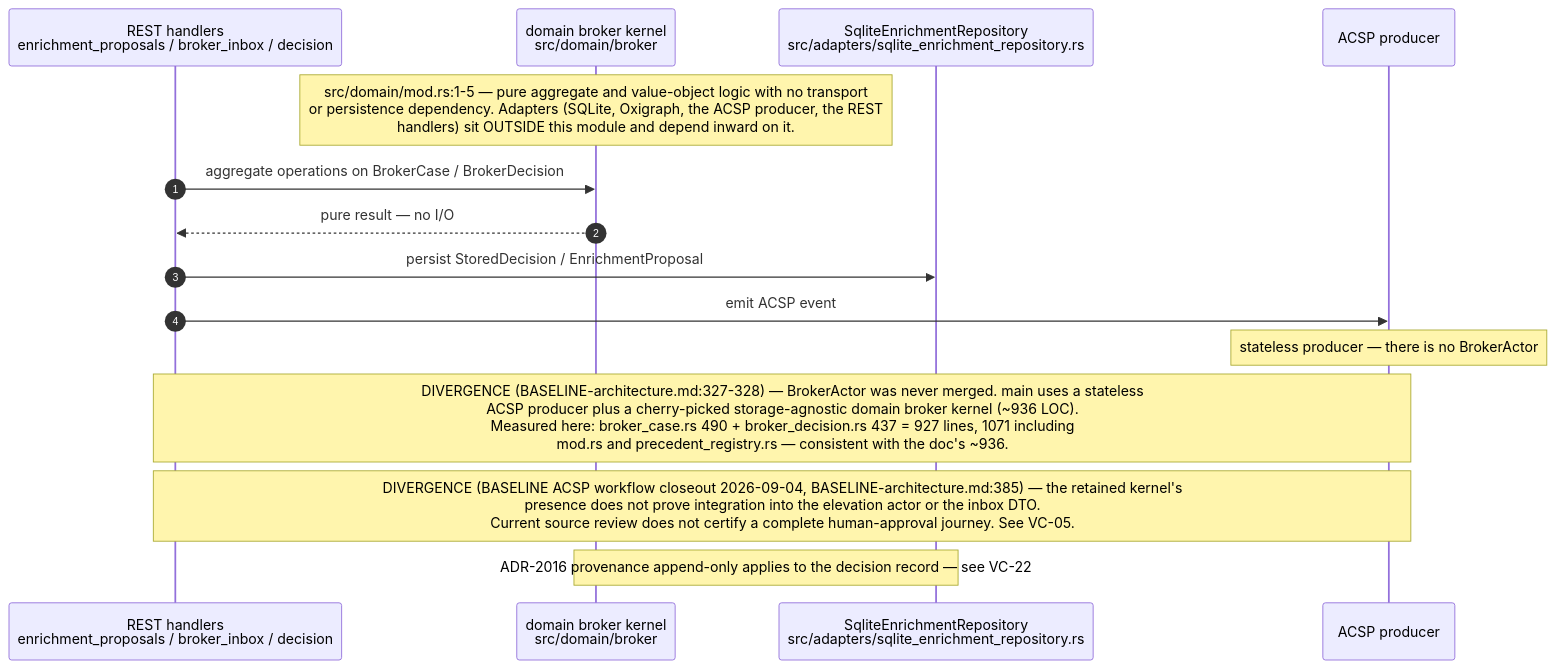
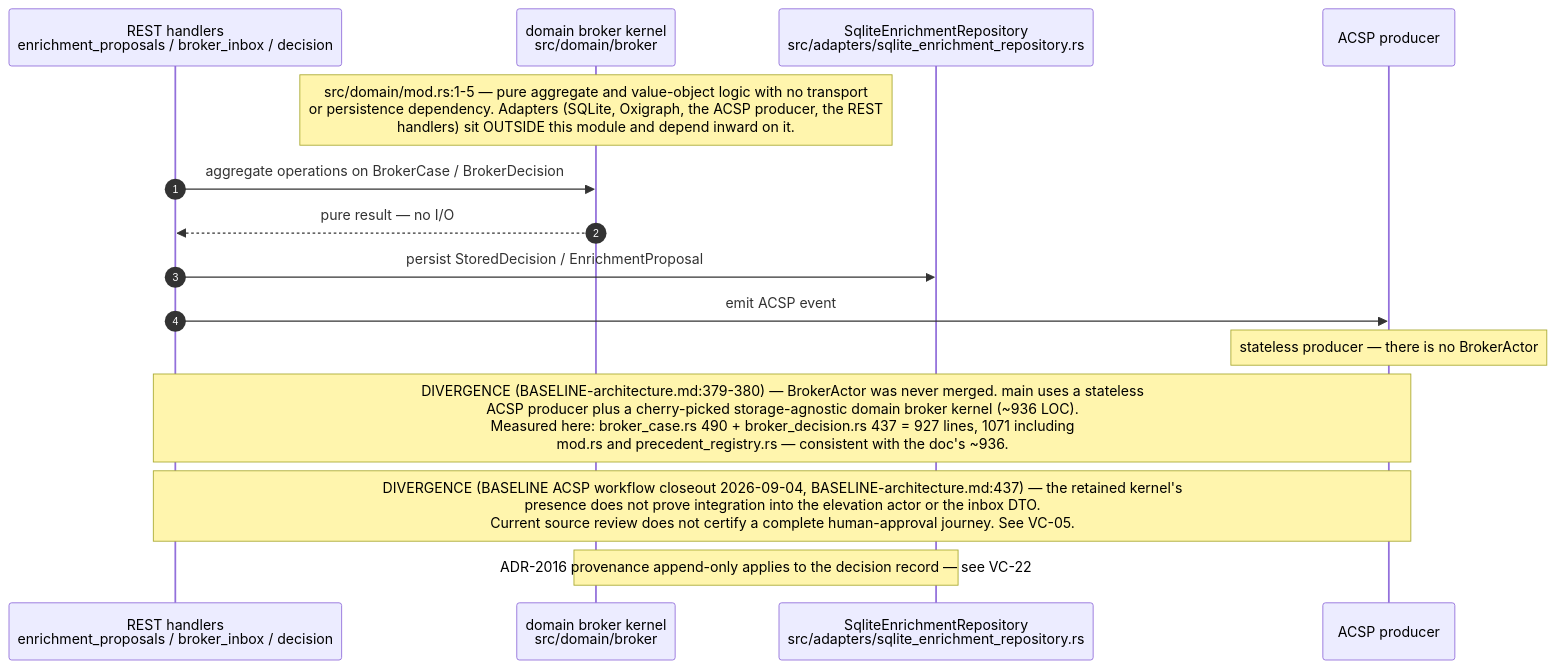
Before and after one commit to DreamLab-AI/VisionFlow: the seventh of 9 diagrams in docs/diagrams/visionclaw/07-hexagonal-ports-and-crates.md, drawn with Mermaid. The commit also changed other lines of this file and 56 other files, not shown here.

First line of the commit message:
docs(diagrams): re-verify VisionClaw topics at ec785afa9, add VC-19/56/57 and the VisionClaw register

````diff
--- a/docs/diagrams/visionclaw/07-hexagonal-ports-and-crates.md
+++ b/docs/diagrams/visionclaw/07-hexagonal-ports-and-crates.md
@@ -333,18 +347,18 @@
 ```mermaid
 sequenceDiagram
     autonumber
     participant H as REST handlers<br/>enrichment_proposals / broker_inbox / decision
     participant K as domain broker kernel<br/>src/domain/broker
     participant AD as SqliteEnrichmentRepository<br/>src/adapters/sqlite_enrichment_repository.rs
     participant AC as ACSP producer
 
     Note over K: src/domain/mod.rs:1-5 — pure aggregate and value-object logic with no transport<br/>or persistence dependency. Adapters (SQLite, Oxigraph, the ACSP producer, the REST<br/>handlers) sit OUTSIDE this module and depend inward on it.
     H->>K: aggregate operations on BrokerCase / BrokerDecision
     K-->>H: pure result — no I/O
     H->>AD: persist StoredDecision / EnrichmentProposal
     H->>AC: emit ACSP event
     Note over AC: stateless producer — there is no BrokerActor
-    Note over H,AC: DIVERGENCE (BASELINE-architecture.md:327-328) — BrokerActor was never merged. main uses a stateless<br/>ACSP producer plus a cherry-picked storage-agnostic domain broker kernel (~936 LOC).<br/>Measured here: broker_case.rs 490 + broker_decision.rs 437 = 927 lines, 1071 including<br/>mod.rs and precedent_registry.rs — consistent with the doc's ~936.
-    Note over H,AC: DIVERGENCE (BASELINE ACSP workflow closeout 2026-09-04, BASELINE-architecture.md:385) — the retained kernel's<br/>presence does not prove integration into the elevation actor or the inbox DTO.<br/>Current source review does not certify a complete human-approval journey. See VC-05.
+    Note over H,AC: DIVERGENCE (BASELINE-architecture.md:379-380) — BrokerActor was never merged. main uses a stateless<br/>ACSP producer plus a cherry-picked storage-agnostic domain broker kernel (~936 LOC).<br/>Measured here: broker_case.rs 490 + broker_decision.rs 437 = 927 lines, 1071 including<br/>mod.rs and precedent_registry.rs — consistent with the doc's ~936.
+    Note over H,AC: DIVERGENCE (BASELINE ACSP workflow closeout 2026-09-04, BASELINE-architecture.md:437) — the retained kernel's<br/>presence does not prove integration into the elevation actor or the inbox DTO.<br/>Current source review does not certify a complete human-approval journey. See VC-05.
     Note over K,AD: ADR-2016 provenance append-only applies to the decision record — see VC-22
 ```
````
